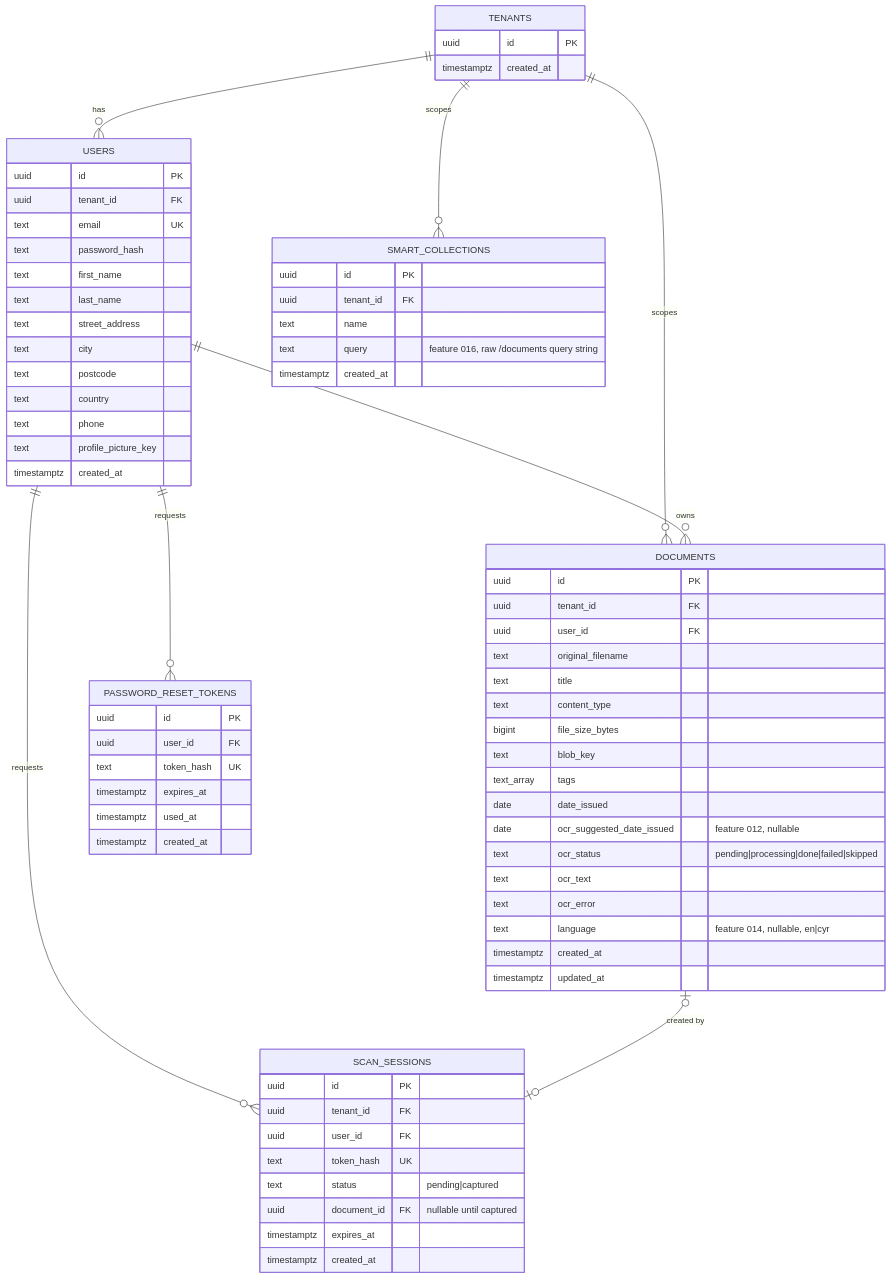
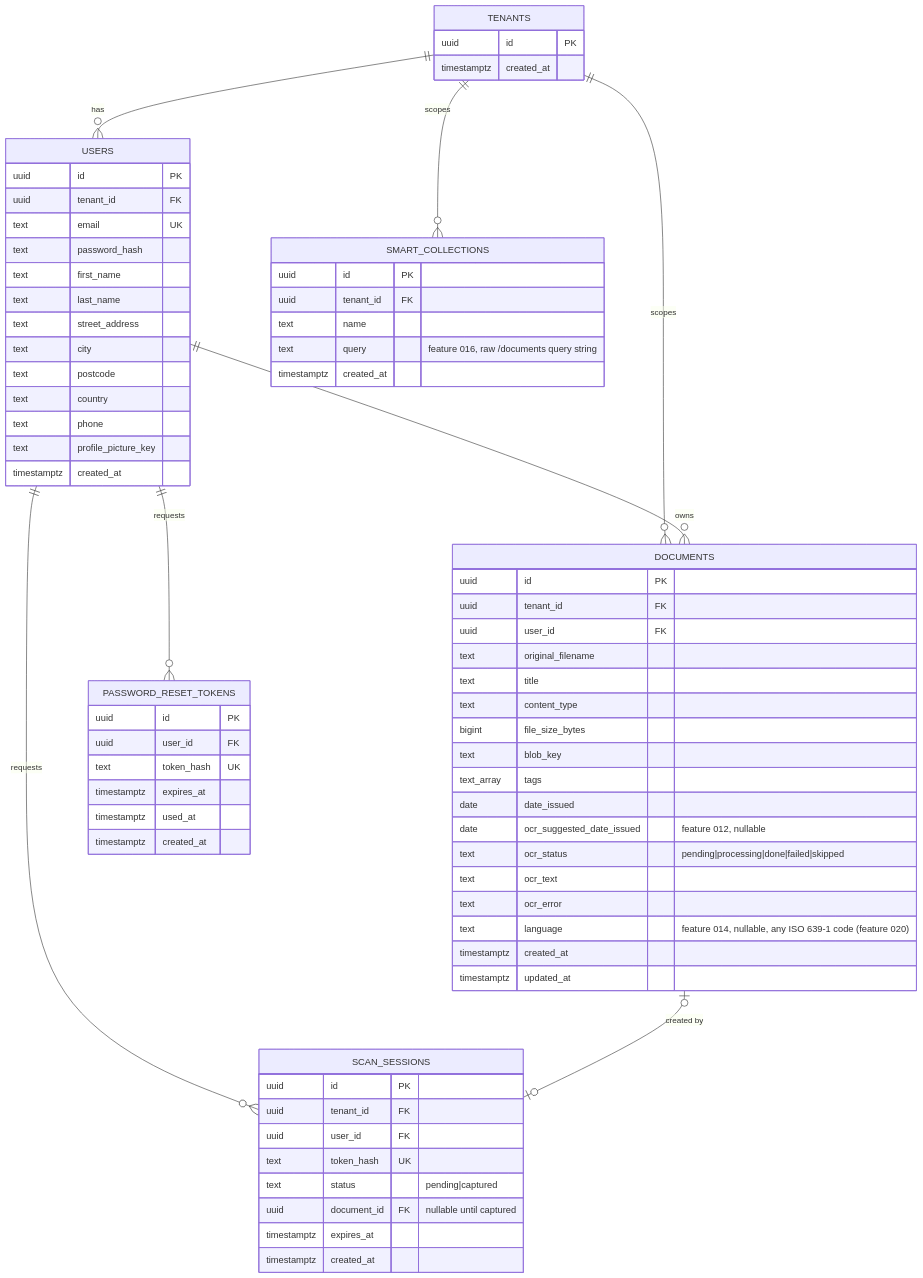
Before and after one commit to yaremam/docuflow: the third of 3 diagrams in docs/ARCHITECTURE.md, drawn with Mermaid. The commit also changed other lines of this file and 21 other files, not shown here.

First line of the commit message:
Add general language support: German/Dutch/Ukrainian OCR, full ISO 639-1 tagging (feature 020)

````diff
--- a/docs/ARCHITECTURE.md
+++ b/docs/ARCHITECTURE.md
@@ -160,74 +161,74 @@
 ```mermaid
 erDiagram
     TENANTS ||--o{ USERS : "has"
     TENANTS ||--o{ DOCUMENTS : "scopes"
     TENANTS ||--o{ SMART_COLLECTIONS : "scopes"
     USERS ||--o{ DOCUMENTS : "owns"
     USERS ||--o{ PASSWORD_RESET_TOKENS : "requests"
     USERS ||--o{ SCAN_SESSIONS : "requests"
     DOCUMENTS |o--o| SCAN_SESSIONS : "created by"
 
     TENANTS {
         uuid id PK
         timestamptz created_at
     }
     USERS {
         uuid id PK
         uuid tenant_id FK
         text email UK
         text password_hash
         text first_name
         text last_name
         text street_address
         text city
         text postcode
         text country
         text phone
         text profile_picture_key
         timestamptz created_at
     }
     PASSWORD_RESET_TOKENS {
         uuid id PK
         uuid user_id FK
         text token_hash UK
         timestamptz expires_at
         timestamptz used_at
         timestamptz created_at
     }
     DOCUMENTS {
         uuid id PK
         uuid tenant_id FK
         uuid user_id FK
         text original_filename
         text title
         text content_type
         bigint file_size_bytes
         text blob_key
         text_array tags
         date date_issued
         date ocr_suggested_date_issued "feature 012, nullable"
         text ocr_status "pending|processing|done|failed|skipped"
         text ocr_text
         text ocr_error
-        text language "feature 014, nullable, en|cyr"
+        text language "feature 014, nullable, any ISO 639-1 code (feature 020)"
         timestamptz created_at
         timestamptz updated_at
     }
     SCAN_SESSIONS {
         uuid id PK
         uuid tenant_id FK
         uuid user_id FK
         text token_hash UK
         text status "pending|captured"
         uuid document_id FK "nullable until captured"
         timestamptz expires_at
         timestamptz created_at
     }
     SMART_COLLECTIONS {
         uuid id PK
         uuid tenant_id FK
         text name
         text query "feature 016, raw /documents query string"
         timestamptz created_at
     }
 ```
````
